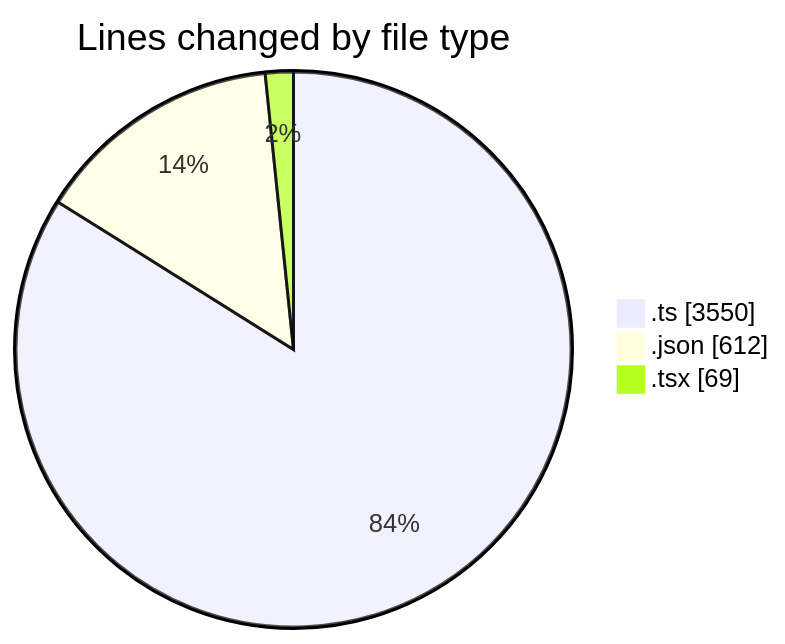
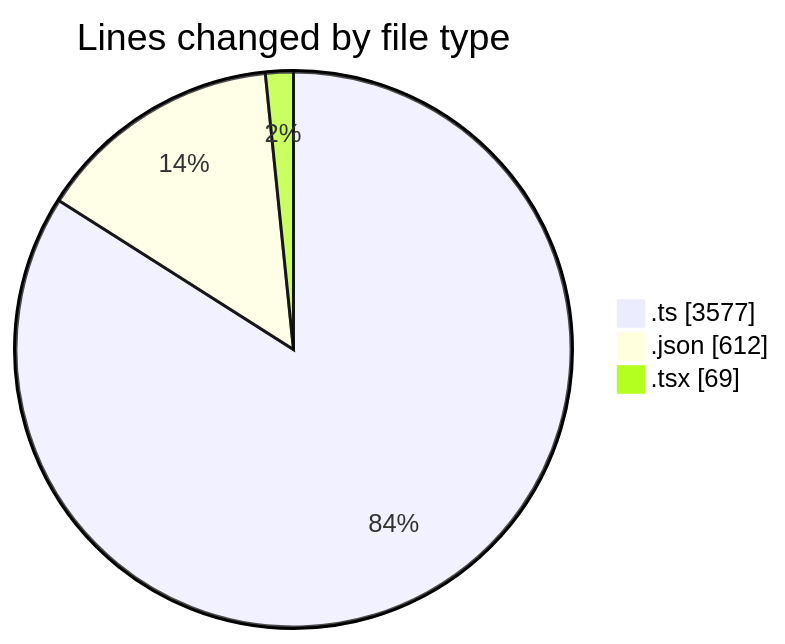
One commit to momahboobian/code-tracking changed the first of 2 diagrams in 2025-10-22/cda/README.md. Above: the diagram before and after it, drawn with Mermaid. The commit also changed other lines of this file and 1 other file, not shown here.

````diff
--- a/2025-10-22/cda/README.md
+++ b/2025-10-22/cda/README.md
@@ -29,7 +29,7 @@
 ```mermaid
 pie showData
 title Lines changed by file type
-".ts" : 3550
+".ts" : 3577
 ".json" : 612
 ".tsx" : 69
 ```
````
